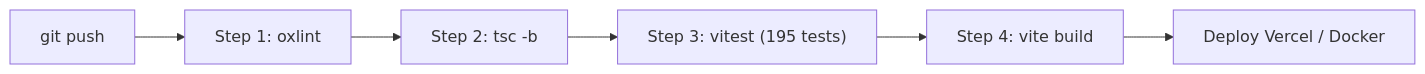
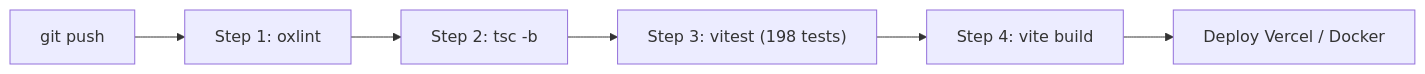
One commit to justccuong/ChillFlow changed the diagram in README.md. Above: the diagram before and after it, drawn with Mermaid. The commit also changed other lines of this file and 3 other files, not shown here.

````diff
--- a/README.md
+++ b/README.md
@@ -153,8 +153,8 @@
 ```mermaid
 flowchart LR
     A["git push"] --> B["Step 1: oxlint"]
     B --> C["Step 2: tsc -b"]
-    C --> D["Step 3: vitest (195 tests)"]
+    C --> D["Step 3: vitest (198 tests)"]
     D --> E["Step 4: vite build"]
     E --> F["Deploy Vercel / Docker"]
 ```
````
